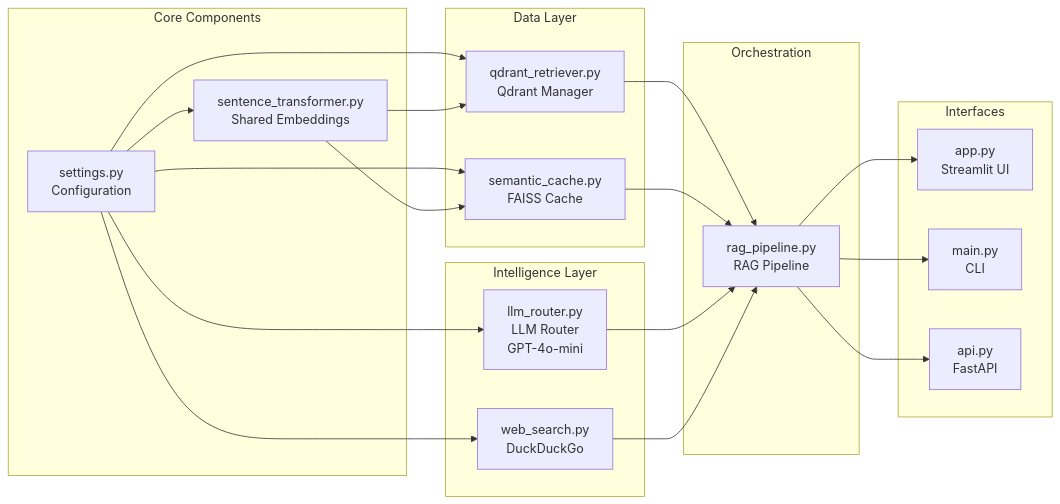
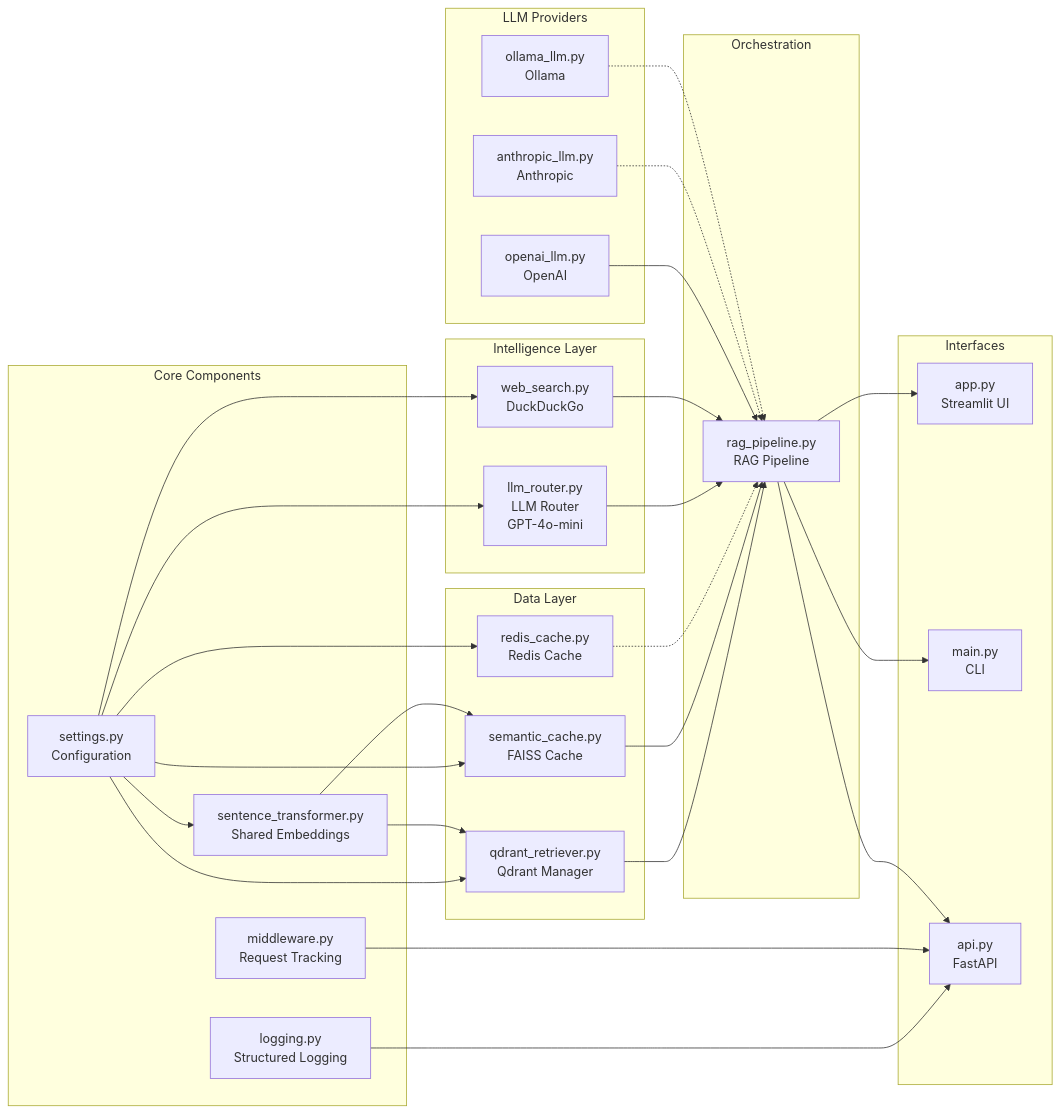
Before and after one commit to brianvanko/agentic-search-engine: the third of 5 diagrams in README.md, drawn with Mermaid. The commit also changed other lines of this file and 9 other files, not shown here.

First line of the commit message:
Add alternative LLM providers and structured logging

````diff
--- a/README.md
+++ b/README.md
@@ -117,45 +123,61 @@
 ```mermaid
 graph LR
     subgraph "Core Components"
         CONFIG[settings.py<br/>Configuration]
         EP[sentence_transformer.py<br/>Shared Embeddings]
+        LOG[logging.py<br/>Structured Logging]
+        MW[middleware.py<br/>Request Tracking]
     end
 
     subgraph "Data Layer"
         VS[qdrant_retriever.py<br/>Qdrant Manager]
         SC[semantic_cache.py<br/>FAISS Cache]
+        RC[redis_cache.py<br/>Redis Cache]
     end
 
     subgraph "Intelligence Layer"
         RT[llm_router.py<br/>LLM Router<br/>GPT-4o-mini]
         WS[web_search.py<br/>DuckDuckGo]
+    end
+
+    subgraph "LLM Providers"
+        OAI[openai_llm.py<br/>OpenAI]
+        ANT[anthropic_llm.py<br/>Anthropic]
+        OLL[ollama_llm.py<br/>Ollama]
     end
 
     subgraph "Orchestration"
         RAG[rag_pipeline.py<br/>RAG Pipeline]
     end
 
     subgraph "Interfaces"
         APP[app.py<br/>Streamlit UI]
         CLI[main.py<br/>CLI]
         API[api.py<br/>FastAPI]
     end
 
     CONFIG --> EP
     CONFIG --> VS
     CONFIG --> SC
+    CONFIG --> RC
     CONFIG --> RT
     CONFIG --> WS
+    LOG --> API
+    MW --> API
 
     EP --> VS
     EP --> SC
 
     VS --> RAG
     SC --> RAG
+    RC -.-> RAG
     RT --> RAG
     WS --> RAG
+    OAI --> RAG
+    ANT -.-> RAG
+    OLL -.-> RAG
 
     RAG --> APP
     RAG --> CLI
     RAG --> API
 ```
````
